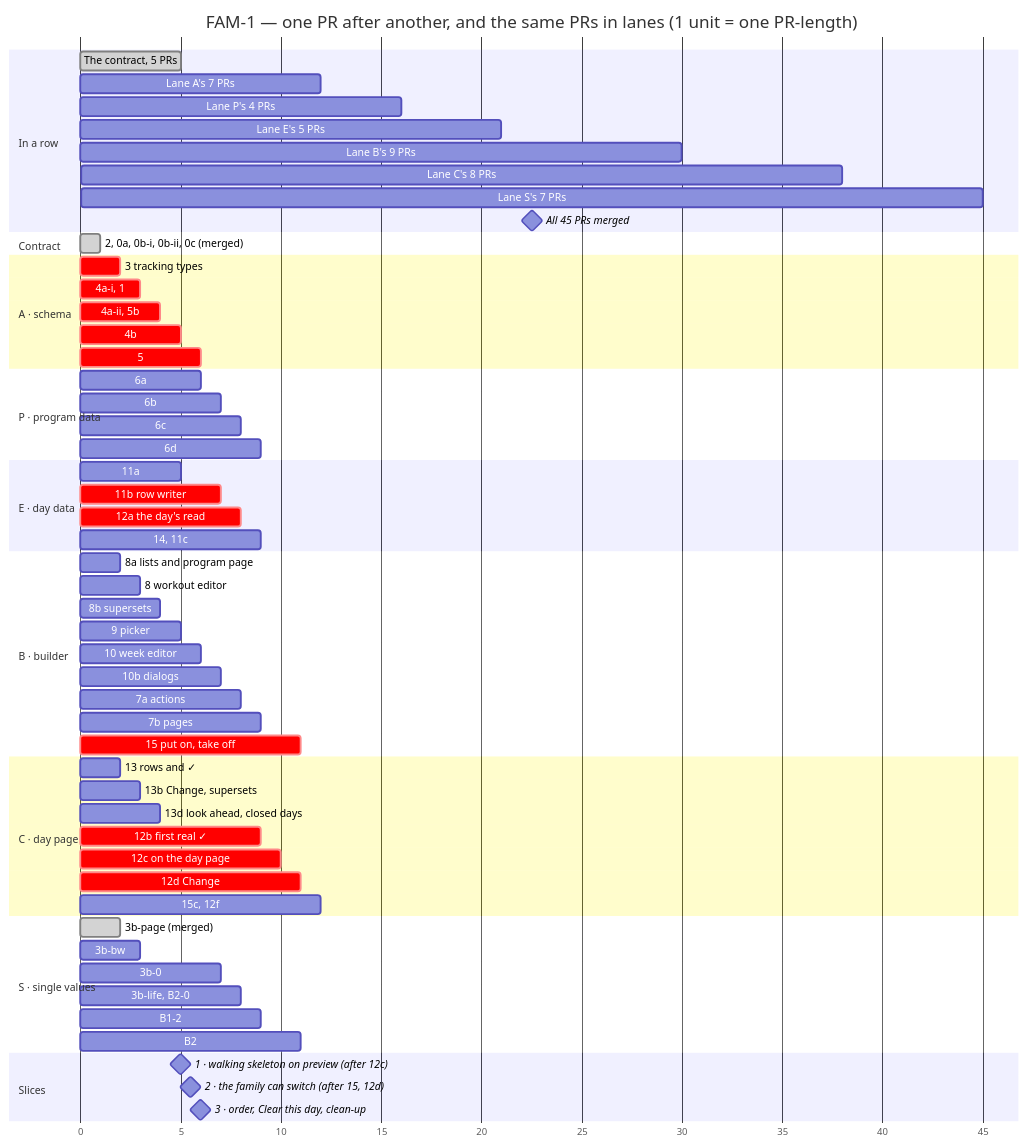
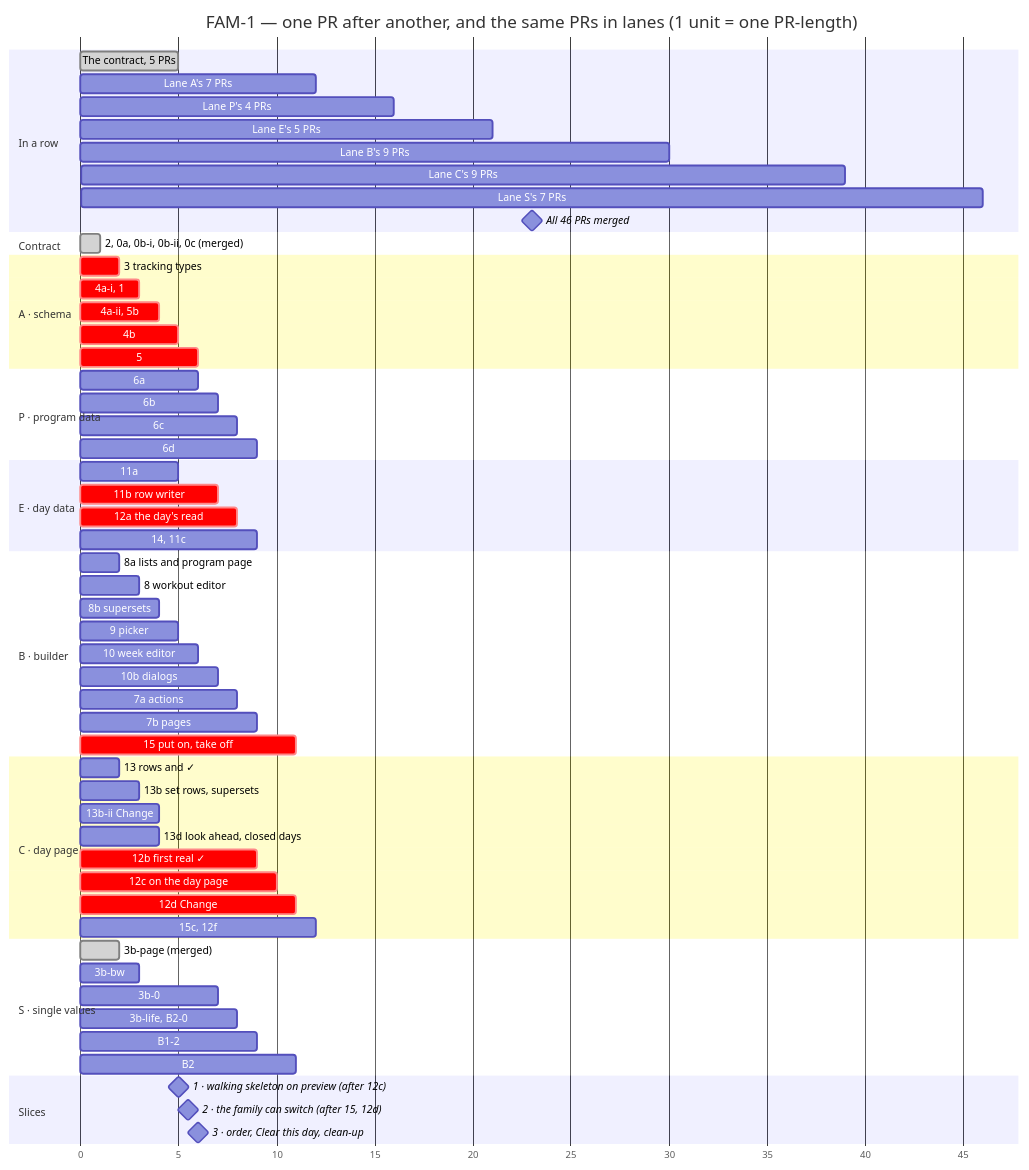
The second of 2 diagrams in docs/milestones/fam-1-family-program.md (ralamode/mat-plan), drawn with Mermaid before and after one commit. The commit also changed other lines of this file and 1 other file, not shown here.

Commit message:
docs(fam-1): plan corrections from the lanes' reports (11a, 13b-ii, step 15, 4a-ii's review, 8b) (#453)
* docs(fam-1): step 11a moves the set-rows insert only

* docs(fam-1): 11b joins the strength-logging queue after 11a

* docs(fam-1): 13b is split into the rows and 13b-ii (Change); 12d waits for 13b-ii

* docs(fam-1): the chart counts the split step

* docs(fam-1): step 15 owns the add-athlete form's wording; 12f deletes the legacy program read

* docs(fam-1): obligations from 4a-ii's review move onto 4b, 11b and 12a

* docs(fam-1): step 8b's three differences from v12; a stale docblock named in step 15

* docs(fam-1): step 8b's join button is a recorded difference from v12

* docs(fam-1): the join button's row names who decided it

---------

````diff
--- a/docs/milestones/fam-1-family-program.md
+++ b/docs/milestones/fam-1-family-program.md
@@ -258,72 +258,73 @@
 ```mermaid
 gantt
   title FAM-1 — one PR after another, and the same PRs in lanes (1 unit = one PR-length)
   dateFormat X
   axisFormat %s
   todayMarker off
 
   section In a row
   The contract, 5 PRs          :done, r0, 0, 5
   Lane A's 7 PRs               :r1, 5, 12
   Lane P's 4 PRs               :r2, 12, 16
   Lane E's 5 PRs               :r3, 16, 21
   Lane B's 9 PRs               :r4, 21, 30
-  Lane C's 8 PRs               :r5, 30, 38
-  Lane S's 7 PRs               :r6, 38, 45
-  All 45 PRs merged            :milestone, rm, 45, 45
+  Lane C's 9 PRs               :r5, 30, 39
+  Lane S's 7 PRs               :r6, 39, 46
+  All 46 PRs merged            :milestone, rm, 46, 46
 
   section Contract
   2, 0a, 0b-i, 0b-ii, 0c (merged) :done, c0, 0, 1
 
   section A · schema
   3 tracking types             :crit, a1, 1, 2
   4a-i, 1                      :crit, a2, 2, 3
   4a-ii, 5b                    :crit, a3, 3, 4
   4b                           :crit, a4, 4, 5
   5                            :crit, a5, 5, 6
 
   section P · program data
   6a                           :p1, 5, 6
   6b                           :p2, 6, 7
   6c                           :p3, 7, 8
   6d                           :p4, 8, 9
 
   section E · day data
   11a                          :e1, 4, 5
   11b row writer               :crit, e2, 5, 7
   12a the day's read           :crit, e3, 7, 8
   14, 11c                      :e4, 8, 9
 
   section B · builder
   8a lists and program page    :b1, 1, 2
   8 workout editor             :b2, 2, 3
   8b supersets                 :b3, 3, 4
   9 picker                     :b4, 4, 5
   10 week editor               :b5, 5, 6
   10b dialogs                  :b6, 6, 7
   7a actions                   :b7, 7, 8
   7b pages                     :b8, 8, 9
   15 put on, take off          :crit, b9, 10, 11
 
   section C · day page
   13 rows and ✓                :c1, 1, 2
-  13b Change, supersets        :c2, 2, 3
+  13b set rows, supersets      :c2, 2, 3
+  13b-ii Change                :c2b, 3, 4
   13d look ahead, closed days  :c3, 3, 4
   12b first real ✓             :crit, c4, 8, 9
   12c on the day page          :crit, c5, 9, 10
   12d Change                   :crit, c6, 10, 11
   15c, 12f                     :c7, 11, 12
 
   section S · single values
   3b-page (merged)             :done, s1, 1, 2
   3b-bw                        :s2, 2, 3
   3b-0                         :s3, 6, 7
   3b-life, B2-0                :s4, 7, 8
   B1-2                         :s5, 8, 9
   B2                           :s6, 10, 11
 
   section Slices
   1 · walking skeleton on preview (after 12c) :milestone, m1, 10, 10
   2 · the family can switch (after 15, 12d)   :milestone, m2, 11, 11
   3 · order, Clear this day, clean-up         :milestone, m3, 12, 12
 ```
````
